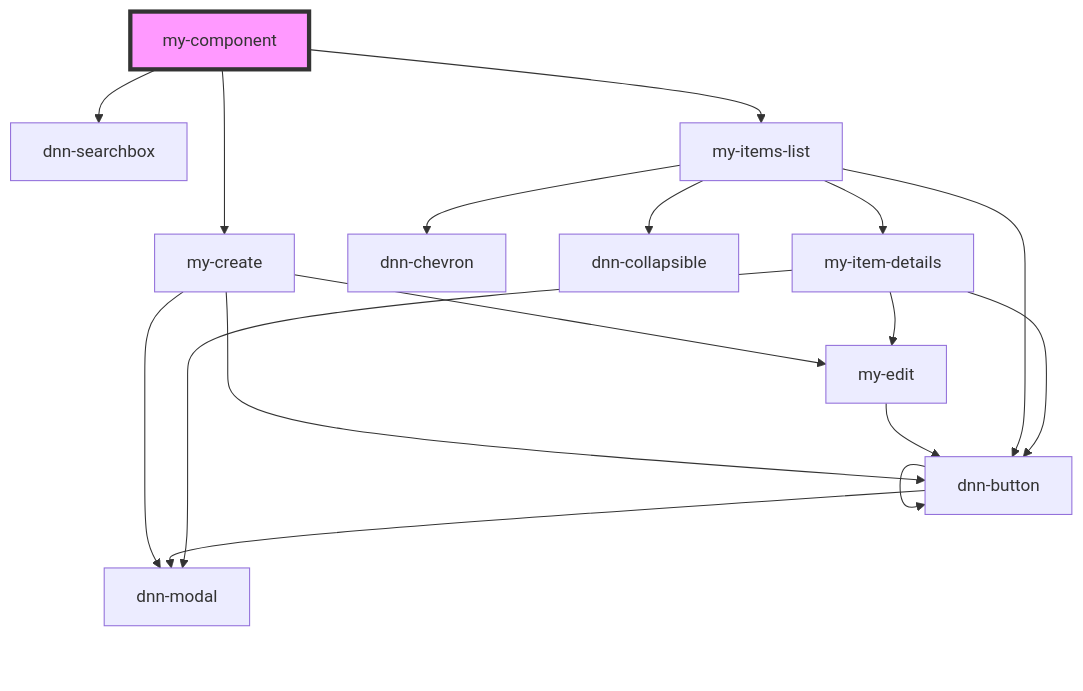
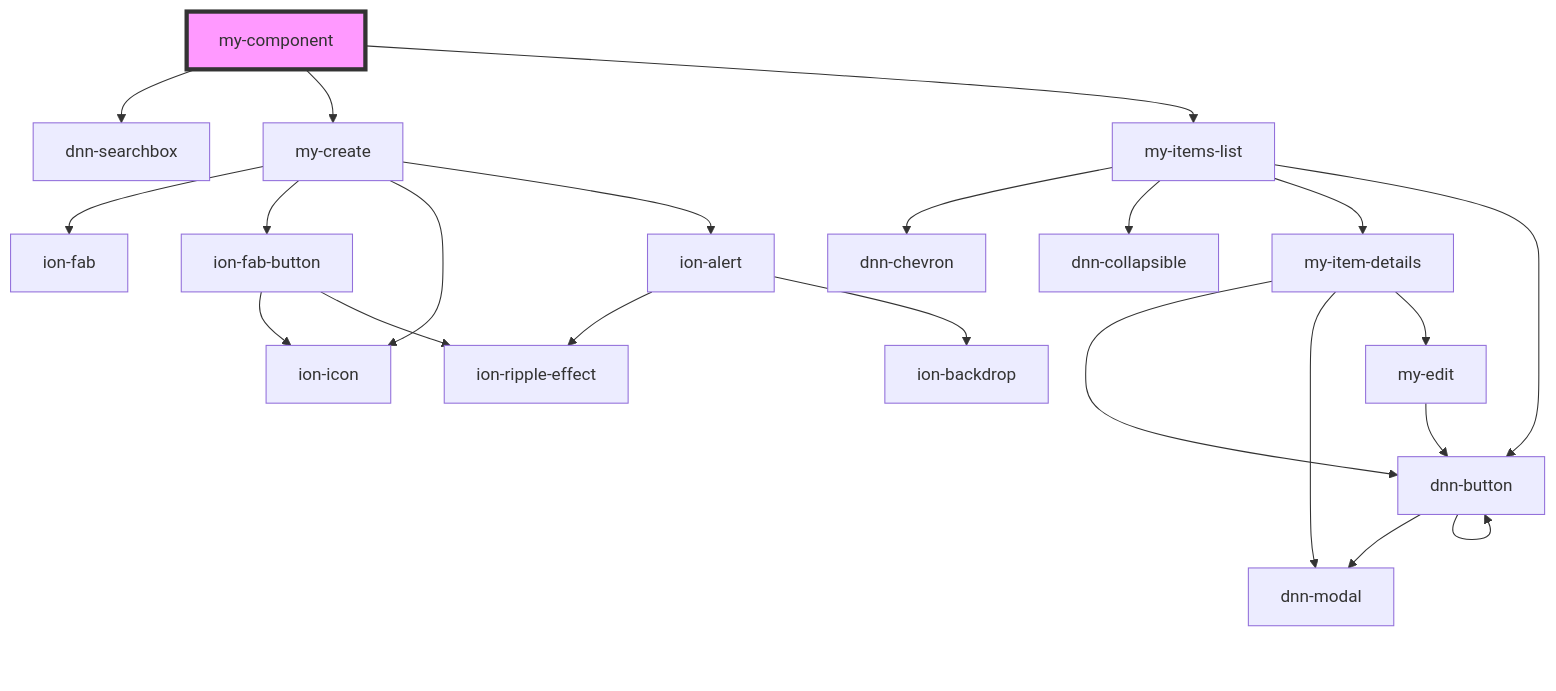
Before and after one commit to david-poindexter/DNN.IonicToDo: the diagram in module.web/src/components/my-component/readme.md, drawn with Mermaid. The commit also changed 23 other files, not shown here.

````diff
--- a/module.web/src/components/my-component/readme.md
+++ b/module.web/src/components/my-component/readme.md
@@ -62,20 +62,25 @@
 ```mermaid
 graph TD;
   my-component --> dnn-searchbox
   my-component --> my-create
   my-component --> my-items-list
-  my-create --> dnn-button
-  my-create --> dnn-modal
-  my-create --> my-edit
-  dnn-button --> dnn-modal
-  dnn-button --> dnn-button
-  my-edit --> dnn-button
+  my-create --> ion-fab
+  my-create --> ion-fab-button
+  my-create --> ion-icon
+  my-create --> ion-alert
+  ion-fab-button --> ion-icon
+  ion-fab-button --> ion-ripple-effect
+  ion-alert --> ion-ripple-effect
+  ion-alert --> ion-backdrop
   my-items-list --> dnn-chevron
   my-items-list --> dnn-collapsible
   my-items-list --> my-item-details
   my-items-list --> dnn-button
   my-item-details --> dnn-button
   my-item-details --> dnn-modal
   my-item-details --> my-edit
+  dnn-button --> dnn-modal
+  dnn-button --> dnn-button
+  my-edit --> dnn-button
   style my-component fill:#f9f,stroke:#333,stroke-width:4px
 ```
````
